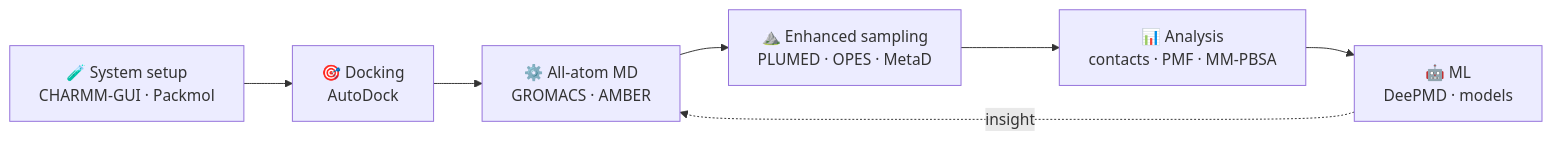
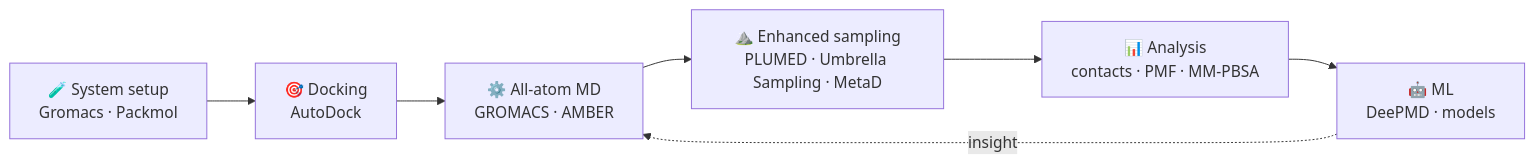
One commit to azizsimx/azizsimx changed the diagram in README.md. Above: the diagram before and after it, drawn with Mermaid. The commit also changed other lines of this file, not shown here.

````diff
--- a/README.md
+++ b/README.md
@@ -96,9 +95,9 @@
 ```mermaid
 flowchart LR
-    A["🧪 System setup<br/>CHARMM-GUI · Packmol"] --> B["🎯 Docking<br/>AutoDock"]
+    A["🧪 System setup<br/>Gromacs · Packmol"] --> B["🎯 Docking<br/>AutoDock"]
     B --> C["⚙️ All-atom MD<br/>GROMACS · AMBER"]
-    C --> D["⛰️ Enhanced sampling<br/>PLUMED · OPES · MetaD"]
+    C --> D["⛰️ Enhanced sampling<br/>PLUMED · Umbrella Sampling · MetaD"]
     D --> E["📊 Analysis<br/>contacts · PMF · MM-PBSA"]
     E --> F["🤖 ML<br/>DeePMD · models"]
     F -. insight .-> C
 ```
````
